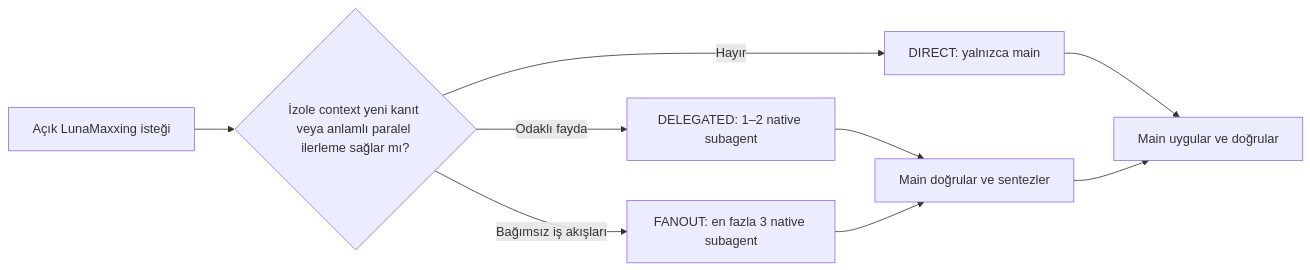
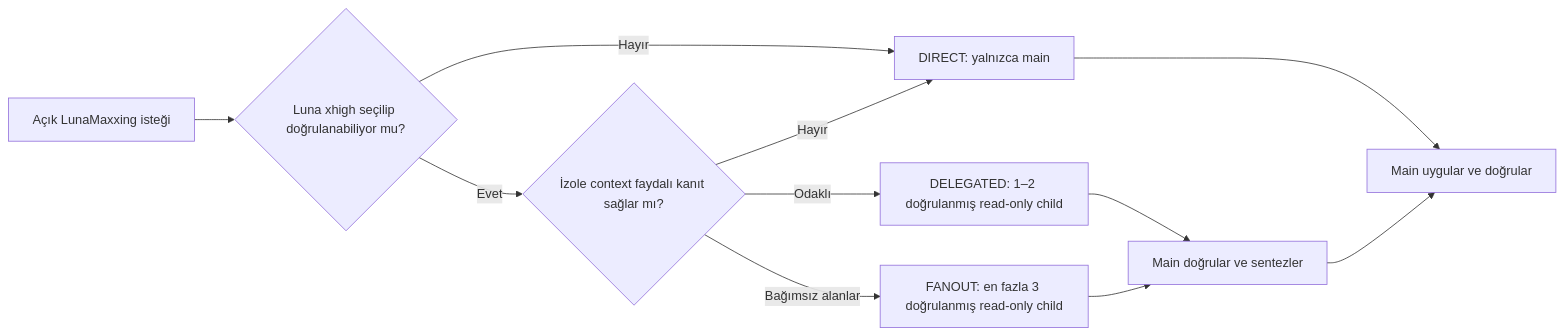
One commit to HakanBabus/LunaMaxxing changed the diagram in README.tr.md. Above: the diagram before and after it, drawn with Mermaid. The commit also changed other lines of this file and 7 other files, not shown here.

````diff
--- a/README.tr.md
+++ b/README.tr.md
@@ -72,11 +72,13 @@
 ```mermaid
 flowchart LR
-    A["Açık LunaMaxxing isteği"] --> B{"İzole context yeni kanıt veya anlamlı paralel ilerleme sağlar mı?"}
+    A["Açık LunaMaxxing isteği"] --> B{"Luna xhigh seçilip doğrulanabiliyor mu?"}
     B -->|Hayır| C["DIRECT: yalnızca main"]
-    B -->|Odaklı fayda| D["DELEGATED: 1–2 native subagent"]
-    B -->|Bağımsız iş akışları| E["FANOUT: en fazla 3 native subagent"]
+    B -->|Evet| H{"İzole context faydalı kanıt sağlar mı?"}
+    H -->|Hayır| C
+    H -->|Odaklı| D["DELEGATED: 1–2 doğrulanmış read-only child"]
+    H -->|Bağımsız alanlar| E["FANOUT: en fazla 3 doğrulanmış read-only child"]
     D --> F["Main doğrular ve sentezler"]
     E --> F
     C --> G["Main uygular ve doğrular"]
     F --> G
 ```
````
